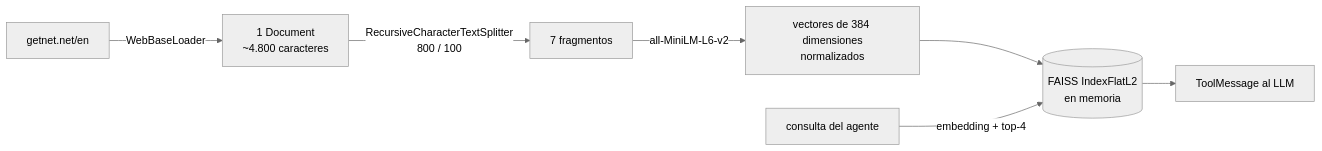
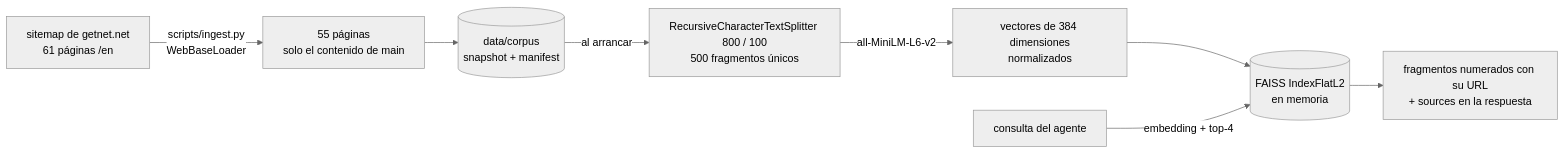
The second of 2 diagrams in README.md (Belzebro/multiagent-challenge), drawn with Mermaid (neutral theme) before and after one commit. The commit also changed other lines of this file and 34 other files, not shown here.

Commit message:
F3 + F6: corpus con procedencia, evaluaciones versionadas y observabilidad (#4)

````diff
--- a/README.md
+++ b/README.md
@@ -404,9 +440,10 @@
 ```mermaid
 flowchart LR
-    W["getnet.net/en"] -->|WebBaseLoader| D["1 Document<br/>~4.800 caracteres"]
-    D -->|"RecursiveCharacterTextSplitter<br/>800 / 100"| C["7 fragmentos"]
+    S["sitemap de getnet.net<br/>61 páginas /en"] -->|"scripts/ingest.py<br/>WebBaseLoader"| P["55 páginas<br/>solo el contenido de main"]
+    P --> J[("data/corpus<br/>snapshot + manifest")]
+    J -->|"al arrancar"| C["RecursiveCharacterTextSplitter 800 / 100<br/>500 fragmentos únicos"]
     C -->|"all-MiniLM-L6-v2"| V["vectores de 384 dimensiones<br/>normalizados"]
     V --> F[("FAISS IndexFlatL2<br/>en memoria")]
     Q["consulta del agente"] -->|"embedding + top-4"| F
-    F --> T["ToolMessage al LLM"]
+    F --> T["fragmentos numerados con su URL<br/>+ sources en la respuesta"]
 ```
````
